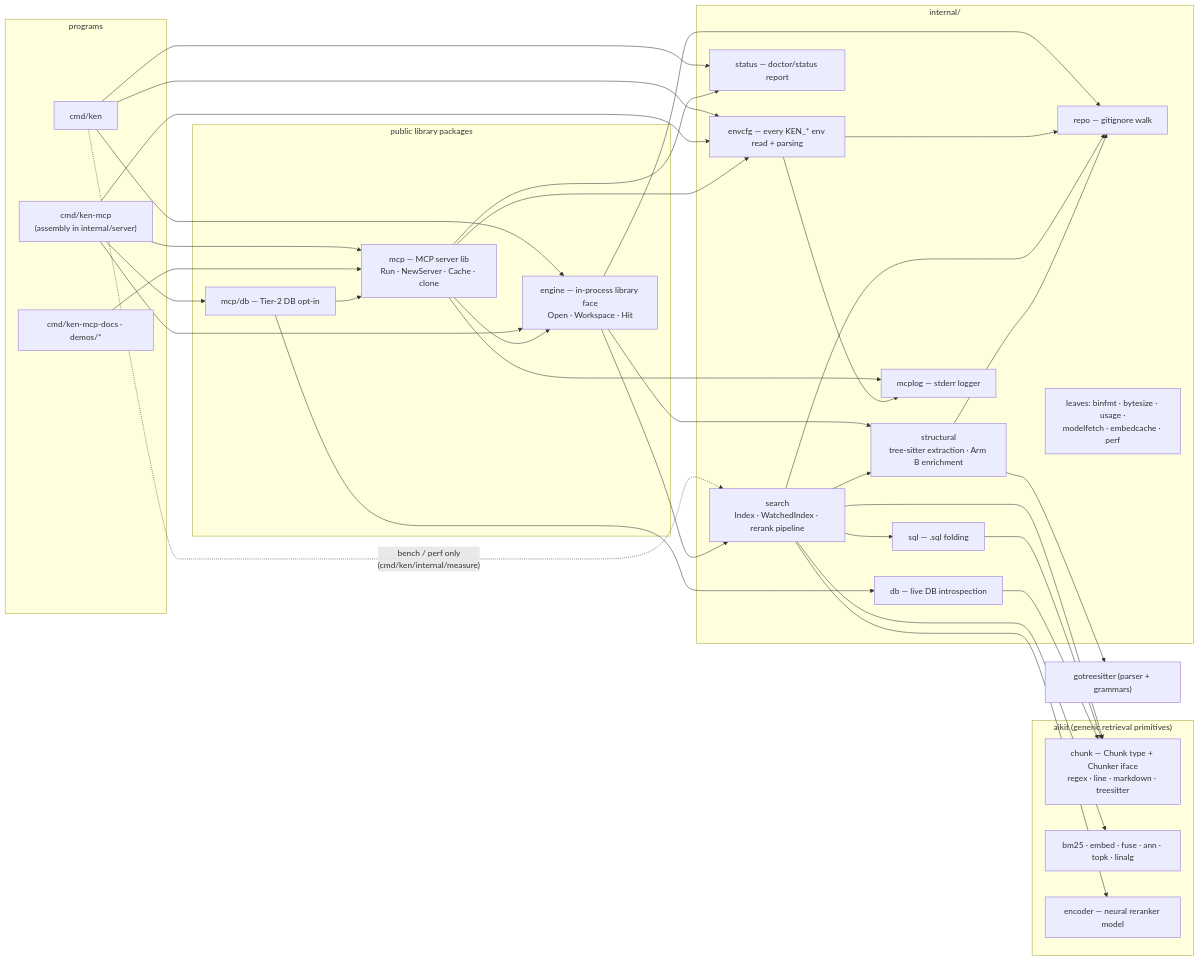
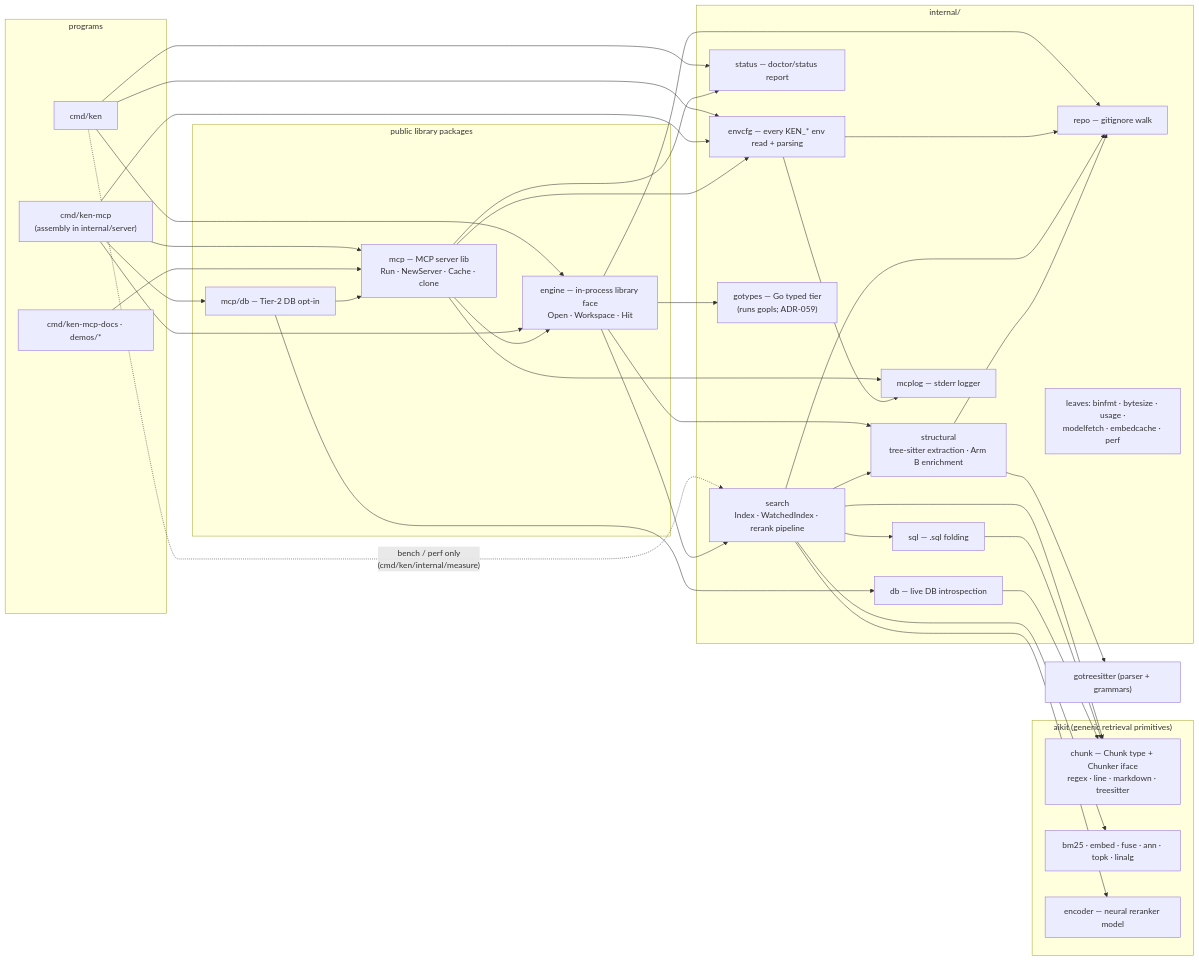
Before and after one commit to townsendmerino/ken: the first of 2 diagrams in ARCHITECTURE.md, drawn with Mermaid. The commit also changed other lines of this file and 18 other files, not shown here.

````diff
--- a/ARCHITECTURE.md
+++ b/ARCHITECTURE.md
@@ -15,43 +15,44 @@
 ```mermaid
 graph LR
     subgraph aikit ["aikit (generic retrieval primitives)"]
         chunk["chunk — Chunk type + Chunker iface<br/>regex · line · markdown · treesitter"]
         retr["bm25 · embed · fuse · ann · topk · linalg"]
         encoder["encoder — neural reranker model"]
     end
     gts["gotreesitter (parser + grammars)"]
     subgraph programs ["programs"]
         ken["cmd/ken"]
         kenmcp["cmd/ken-mcp<br/>(assembly in internal/server)"]
         embedded["cmd/ken-mcp-docs · demos/*"]
     end
     subgraph public ["public library packages"]
         engine["engine — in-process library face<br/>Open · Workspace · Hit"]
         mcppkg["mcp — MCP server lib<br/>Run · NewServer · Cache · clone"]
         mcpdb["mcp/db — Tier-2 DB opt-in"]
     end
     subgraph internal ["internal/"]
         search["search<br/>Index · WatchedIndex · rerank pipeline"]
         structural["structural<br/>tree-sitter extraction · Arm B enrichment"]
         repo["repo — gitignore walk"]
         sqlpkg["sql — .sql folding"]
         dbpkg["db — live DB introspection"]
         status["status — doctor/status report"]
         envcfg["envcfg — every KEN_* env read + parsing"]
         mcplog["mcplog — stderr logger"]
+        gotypes["gotypes — Go typed tier<br/>(runs gopls; ADR-059)"]
         small["leaves: binfmt · bytesize · usage ·<br/>modelfetch · embedcache · perf"]
     end
     ken --> engine & status & envcfg
     ken -. "bench / perf only<br/>(cmd/ken/internal/measure)" .-> search
     kenmcp --> engine & mcppkg & mcpdb & envcfg
     embedded --> mcppkg
-    engine --> search & structural & repo
+    engine --> search & structural & repo & gotypes
     mcppkg --> engine & status & mcplog & envcfg
     mcpdb --> mcppkg & dbpkg
     envcfg --> mcplog & repo
     search --> structural & repo & sqlpkg
     structural --> repo
     search --> chunk & retr & encoder
     structural --> gts
     sqlpkg & dbpkg --> chunk
 ```
````
